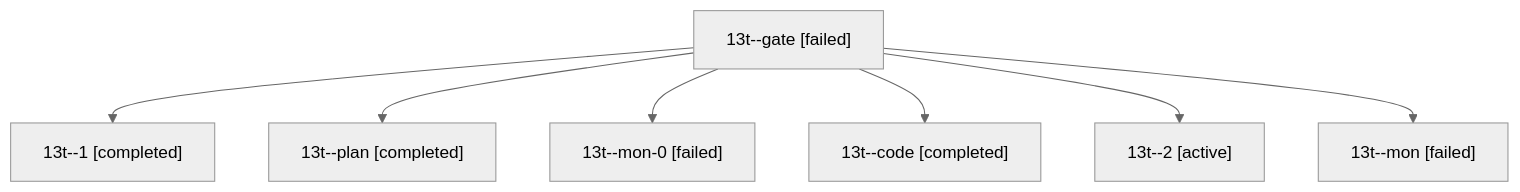
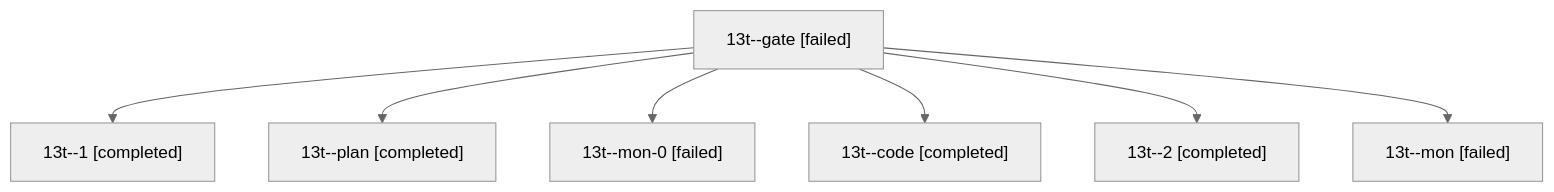
Before and after one commit to sase-org/sase--agents: the diagram in sessions/bbugyi200.athena.13t.md, drawn with Mermaid (neutral theme). The commit also changed other lines of this file and 13 other files, not shown here.

````diff
--- a/sessions/bbugyi200.athena.13t.md
+++ b/sessions/bbugyi200.athena.13t.md
@@ -9,16 +9,16 @@
 ```mermaid
 flowchart TD
   n0["13t--gate [failed]"]
   n1["13t--1 [completed]"]
   n0 --> n1
   n2["13t--plan [completed]"]
   n0 --> n2
   n3["13t--mon-0 [failed]"]
   n0 --> n3
   n4["13t--code [completed]"]
   n0 --> n4
-  n5["13t--2 [active]"]
+  n5["13t--2 [completed]"]
   n0 --> n5
   n6["13t--mon [failed]"]
   n0 --> n6
 ```
````
